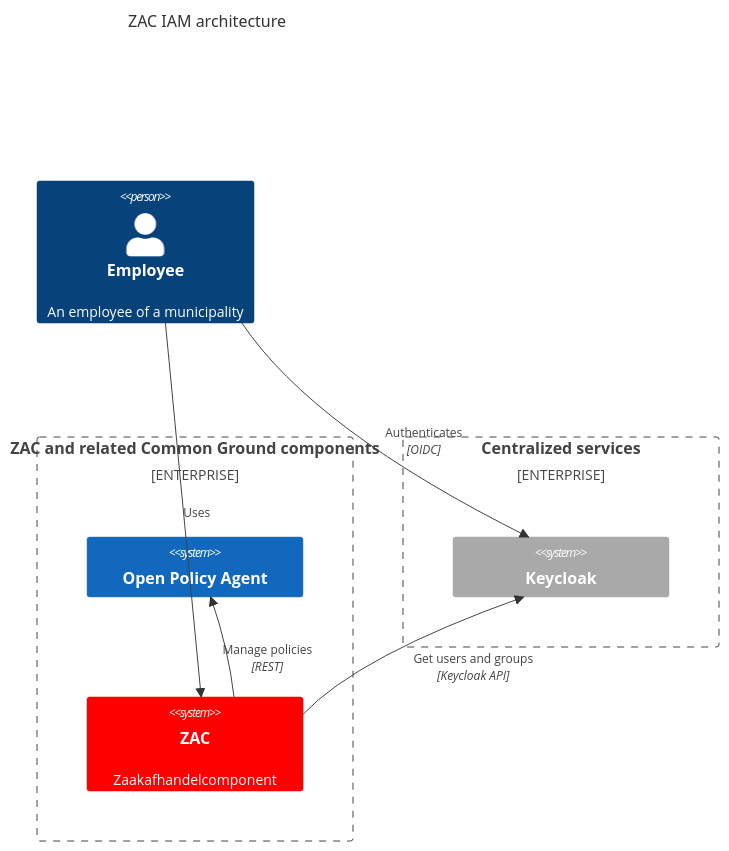
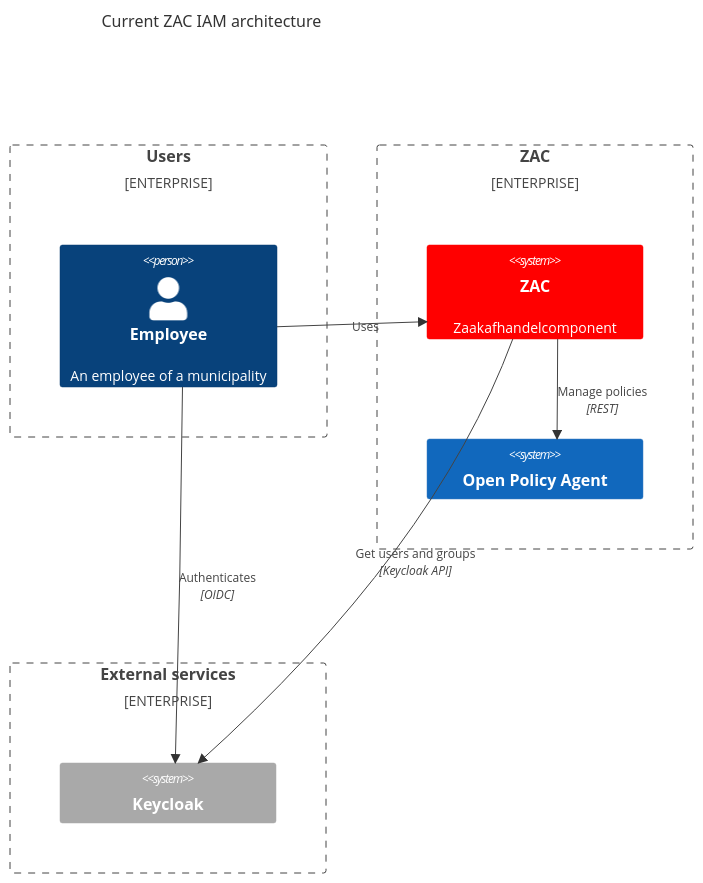
The first of 2 diagrams in docs/solution-architecture/iamArchitecture.md (infonl/dimpact-zaakafhandelcomponent), drawn with Mermaid before and after one commit. The commit also changed other lines of this file, not shown here.

Commit message:
chore: updated ZAC IAM architecture documentation

````diff
--- a/docs/solution-architecture/iamArchitecture.md
+++ b/docs/solution-architecture/iamArchitecture.md
@@ -5,26 +7,28 @@
 ```mermaid
 C4Context
-    title ZAC IAM architecture
+    title Current ZAC IAM architecture
 
-    Person(Employee, "Employee", "An employee of a municipality")
-
-    Enterprise_Boundary(b0, "ZAC and related Common Ground components") {
+    Enterprise_Boundary(b0, "Users") {
+        Person(Employee, "Employee", "An employee of a municipality")
+    }
+    
+    Enterprise_Boundary(b1, "ZAC") {
+        System(ZAC, "ZAC", "Zaakafhandelcomponent")
         System(OPA, "Open Policy Agent")
-        System(ZAC, "ZAC", "Zaakafhandelcomponent")
     }
 
-    Enterprise_Boundary(b1, "Centralized services") {
+    Enterprise_Boundary(b2, "External services") {
         System(Keycloak, "Keycloak")
     }
 
     Rel(Employee, ZAC, "Uses")
     Rel(Employee, Keycloak, "Authenticates", "OIDC")
     Rel(ZAC, Keycloak, "Uses", "OIDC")
     Rel(ZAC, Keycloak, "Get users and groups", "Keycloak API")
     Rel(ZAC, OPA, "Manage policies", "REST")
 
     UpdateElementStyle(ZAC, $bgColor="red", $borderColor="red")
     UpdateElementStyle(Keycloak, $bgColor="darkgrey", $borderColor="darkgrey")
 
-    UpdateLayoutConfig($c4ShapeInRow="4", $c4BoundaryInRow="4")
+    UpdateLayoutConfig($c4ShapeInRow="3", $c4BoundaryInRow="2")
 ```
````
